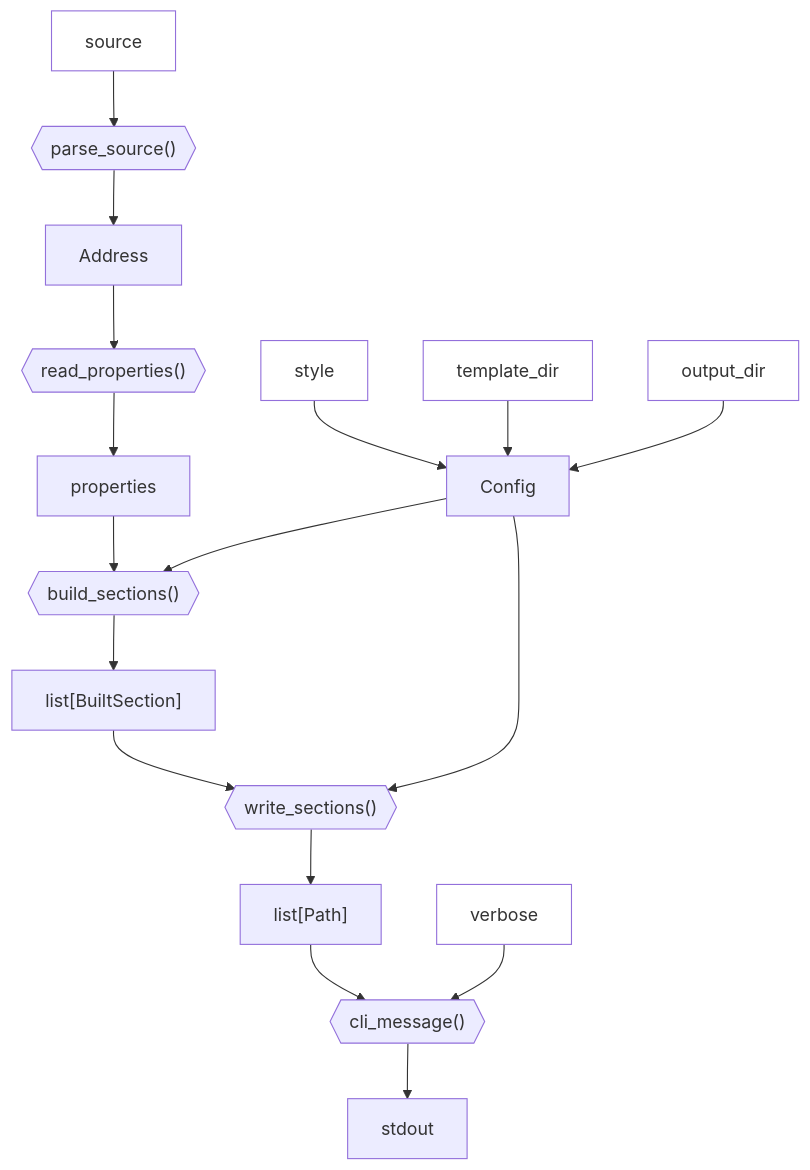
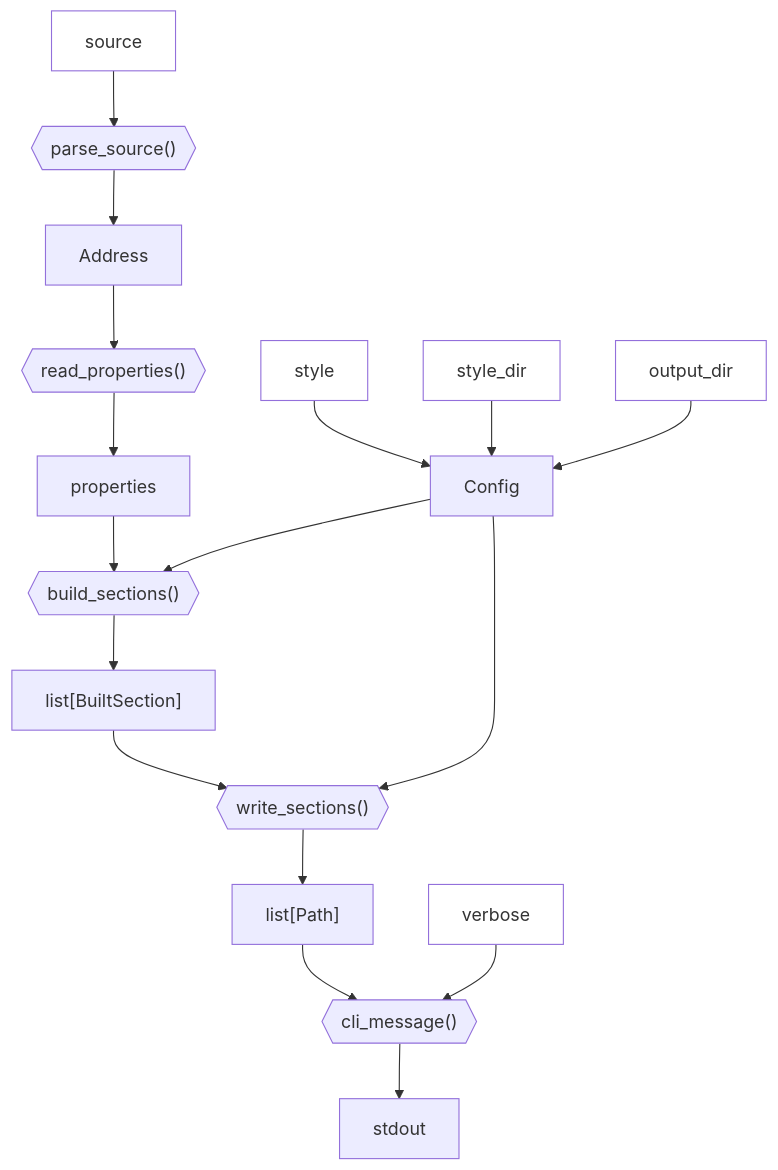
One commit to seedcase-project/seedcase-flower changed the first of 2 diagrams in docs/design/interface/python.qmd. Above: the diagram before and after it, drawn with Mermaid. The commit also changed other lines of this file and 14 other files, not shown here.

Commit message:
refactor: 🚚 rename `template-dir` to `style-dir` (#303)

````diff
--- a/docs/design/interface/python.qmd
+++ b/docs/design/interface/python.qmd
@@ -64,18 +64,18 @@
 ```{mermaid}
 %%| label: fig-python-build-flow
 %%| fig-cap: "Diagram of the internal flow of functions and objects in the `build()` CLI function."
 flowchart TD
     source:::input --> parse_source{{"parse_source()"}} --> Address
     style_cfg[style]:::input --> Config
-    template_dir_cfg[template_dir]:::input --> Config
+    style_dir_cfg[style_dir]:::input --> Config
     Address --> read_properties{{"read_properties()"}} --> properties
     properties & Config --> build_sections{{"build_sections()"}} --> output["list[BuiltSection]"]
     output --> write_sections{{"write_sections()"}}
     output_dir:::input --> Config
     Config --> write_sections
     write_sections --> files["list[Path]"]
     files --> cli_message{{"cli_message()"}} --> stdout
     verbose:::input --> cli_message
 
     classDef input fill:#FFF
 ```
````
